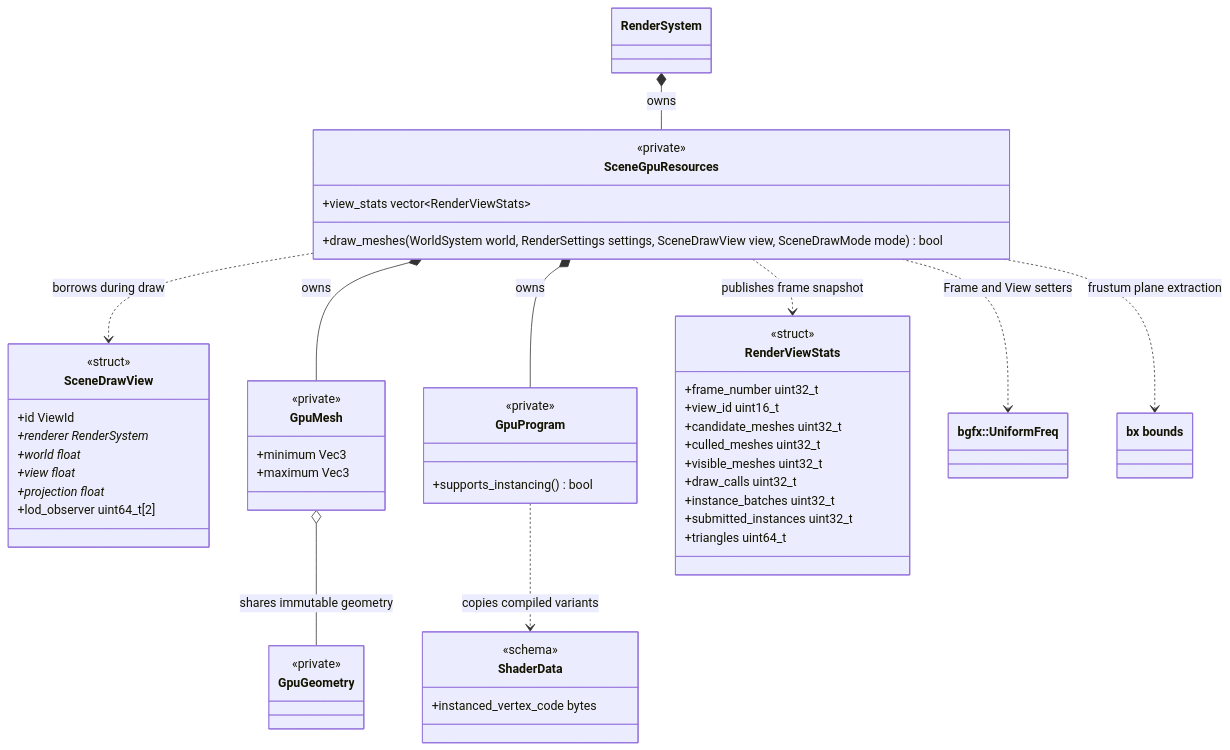
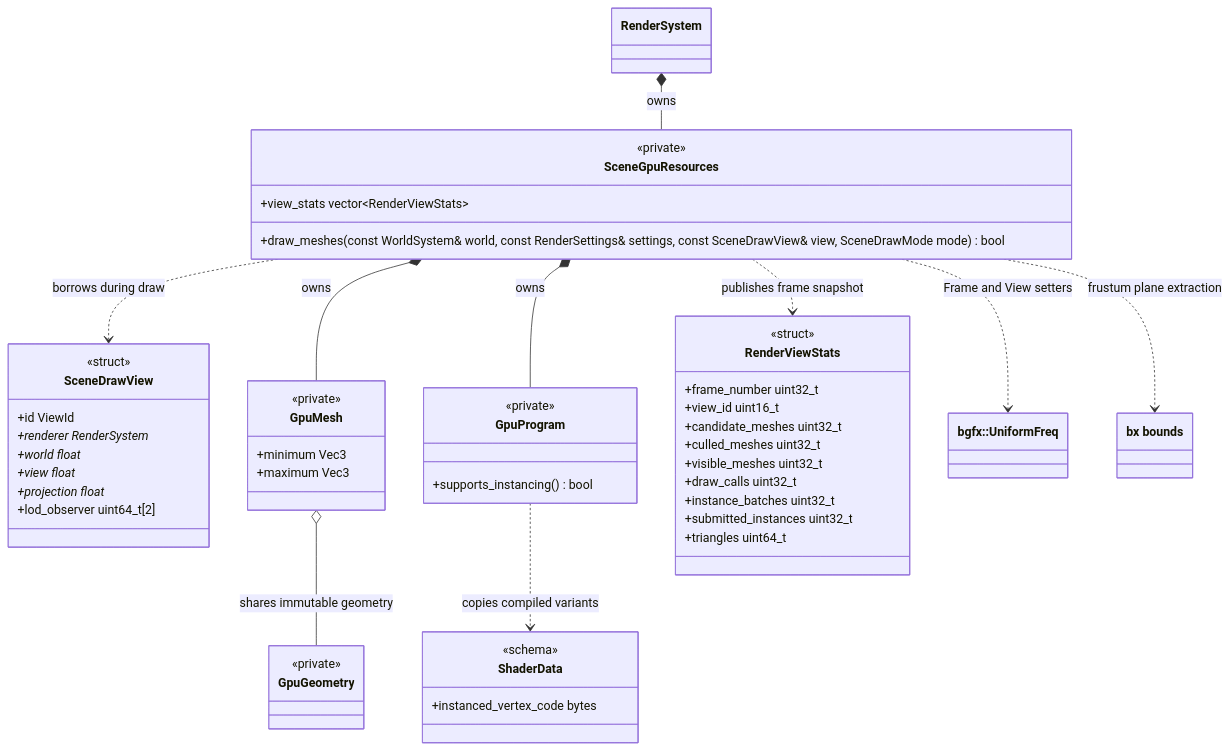
Before and after one commit to lcals/Engine: the diagram in docs/runtime/class-diagrams/render-submission.md, drawn with Mermaid. The commit also changed 222 other files, not shown here.

Commit message:
Consolidate editor asset imports and align architecture documentation

````diff
--- a/docs/runtime/class-diagrams/render-submission.md
+++ b/docs/runtime/class-diagrams/render-submission.md
@@ -9,58 +9,58 @@
 ```mermaid
 classDiagram
     direction TB
     class RenderSystem
     class SceneGpuResources {
         <<private>>
-        +draw_meshes(WorldSystem world, RenderSettings settings, SceneDrawView view, SceneDrawMode mode) bool
+        +draw_meshes(const WorldSystem& world, const RenderSettings& settings, const SceneDrawView& view, SceneDrawMode mode) bool
         +view_stats vector~RenderViewStats~
     }
     class SceneDrawView {
         <<struct>>
         +id ViewId
         +renderer RenderSystem*
         +world float*
         +view float*
         +projection float*
         +lod_observer uint64_t[2]
     }
     class GpuMesh {
         <<private>>
         +minimum Vec3
         +maximum Vec3
     }
     class GpuGeometry {
         <<private>>
     }
     class GpuProgram {
         <<private>>
         +supports_instancing() bool
     }
     class ShaderData {
         <<schema>>
         +instanced_vertex_code bytes
     }
     class RenderViewStats {
         <<struct>>
         +frame_number uint32_t
         +view_id uint16_t
         +candidate_meshes uint32_t
         +culled_meshes uint32_t
         +visible_meshes uint32_t
         +draw_calls uint32_t
         +instance_batches uint32_t
         +submitted_instances uint32_t
         +triangles uint64_t
     }
     class BgfxUniformFreq["bgfx::UniformFreq"]
     class BxBounds["bx bounds"]
     RenderSystem *-- SceneGpuResources : owns
     SceneGpuResources *-- GpuMesh : owns
     SceneGpuResources *-- GpuProgram : owns
     GpuMesh o-- GpuGeometry : shares immutable geometry
     SceneGpuResources ..> SceneDrawView : borrows during draw
     SceneGpuResources ..> RenderViewStats : publishes frame snapshot
     SceneGpuResources ..> BgfxUniformFreq : Frame and View setters
     SceneGpuResources ..> BxBounds : frustum plane extraction
     GpuProgram ..> ShaderData : copies compiled variants
 ```
````
